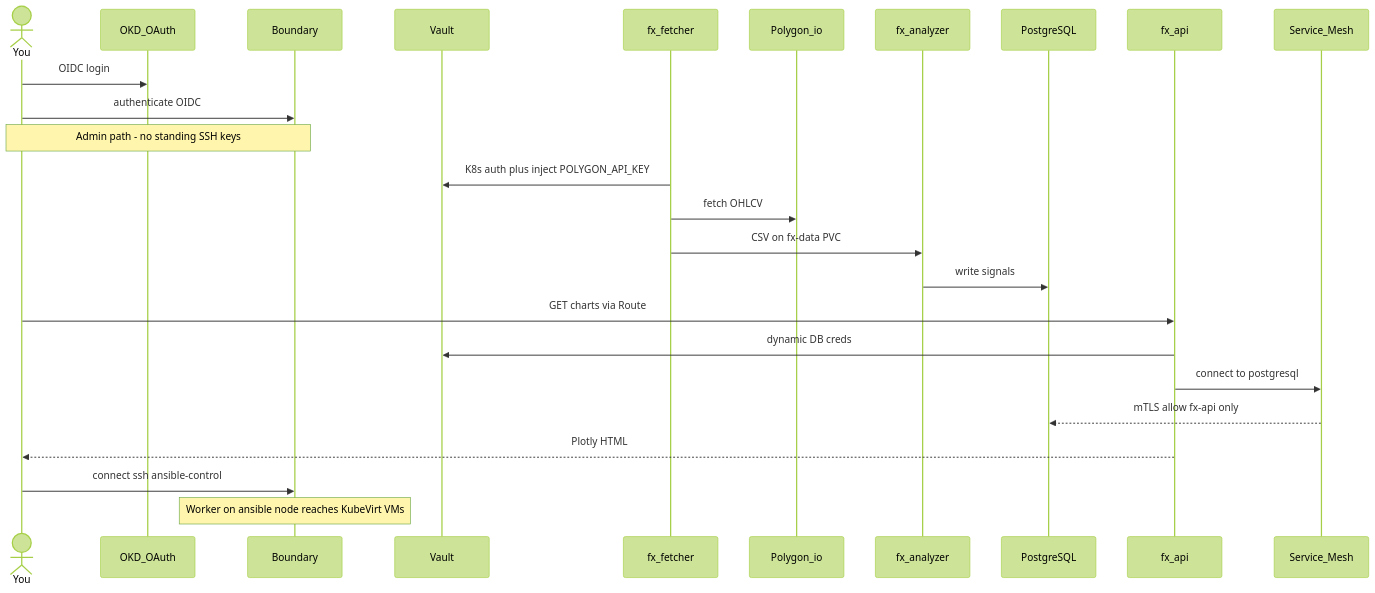
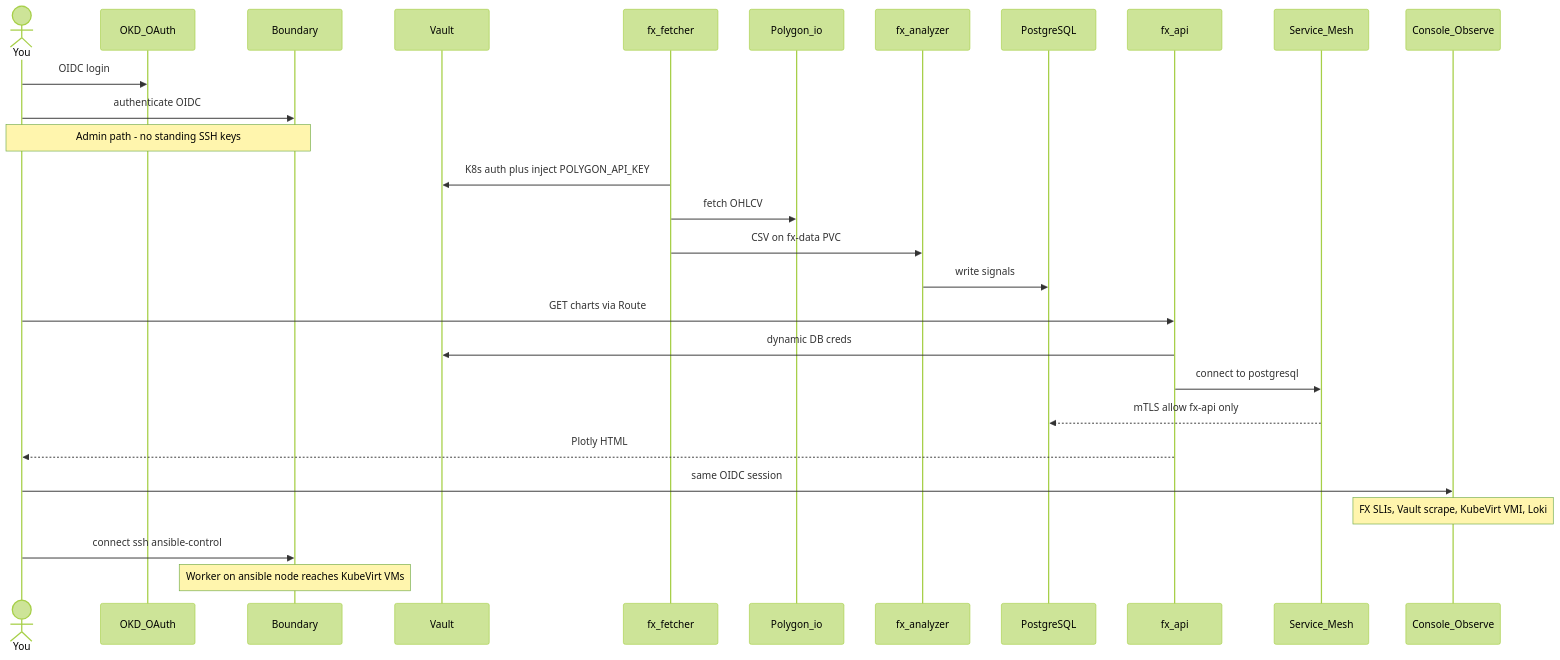
One commit to sfd-markets/cv changed the sixth of 8 diagrams in _portfolio/vps-devops-lab.md. Above: the diagram before and after it, drawn with Mermaid (forest theme). The commit also changed other lines of this file, not shown here.

````diff
--- a/_portfolio/vps-devops-lab.md
+++ b/_portfolio/vps-devops-lab.md
@@ -256,30 +322,34 @@
 ```mermaid
 sequenceDiagram
   actor You
   participant OAuth as OKD_OAuth
   participant B as Boundary
   participant V as Vault
   participant FX as fx_fetcher
   participant Poly as Polygon_io
   participant A as fx_analyzer
   participant PG as PostgreSQL
   participant API as fx_api
   participant Mesh as Service_Mesh
+  participant Obs as Console_Observe
 
   You->>OAuth: OIDC login
   You->>B: authenticate OIDC
   Note over You,B: Admin path - no standing SSH keys
 
   FX->>V: K8s auth plus inject POLYGON_API_KEY
   FX->>Poly: fetch OHLCV
   FX->>A: CSV on fx-data PVC
   A->>PG: write signals
   You->>API: GET charts via Route
   API->>V: dynamic DB creds
   API->>Mesh: connect to postgresql
   Mesh-->>PG: mTLS allow fx-api only
   API-->>You: Plotly HTML
 
+  You->>Obs: same OIDC session
+  Note over Obs: FX SLIs, Vault scrape, KubeVirt VMI, Loki
+
   You->>B: connect ssh ansible-control
   Note over B: Worker on ansible node reaches KubeVirt VMs
 ```
````
